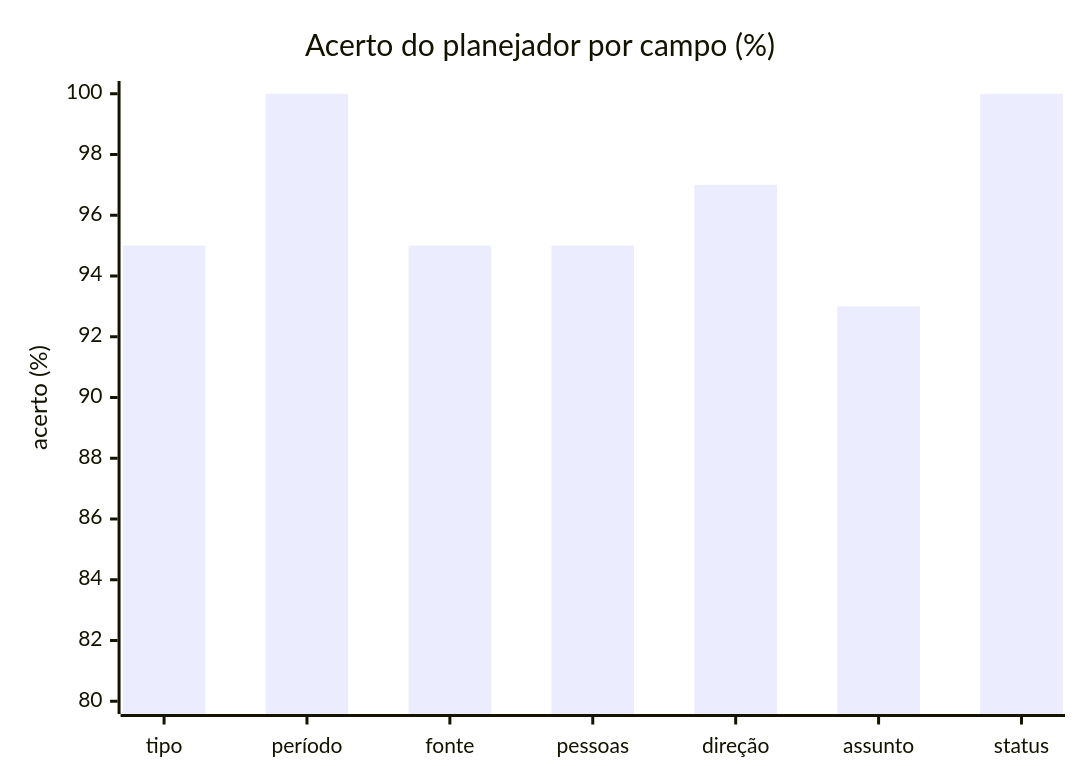
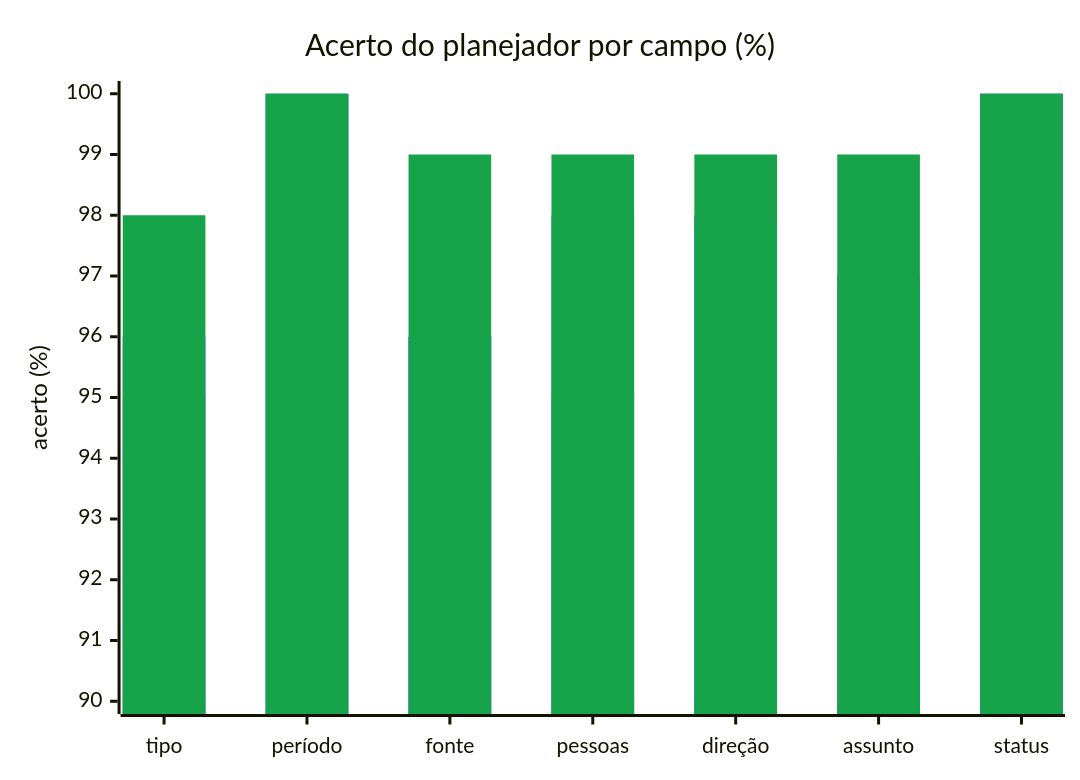
The third of 10 diagrams in docs/BENCHMARKS.md (Chipskein/cade), drawn with Mermaid before and after one commit. The commit also changed other lines of this file and 32 other files, not shown here.

````diff
--- a/docs/BENCHMARKS.md
+++ b/docs/BENCHMARKS.md
@@ -58,7 +58,15 @@
 ```mermaid
+---
+config:
+  themeVariables:
+    xyChart:
+      plotColorPalette: "#9ca3af, #2563eb, #16a34a"
+---
 xychart-beta
   title "Acerto do planejador por campo (%)"
   x-axis ["tipo", "período", "fonte", "pessoas", "direção", "assunto", "status"]
-  y-axis "acerto (%)" 80 --> 100
-  bar [95, 100, 95, 95, 97, 93, 100]
+  y-axis "acerto (%)" 90 --> 100
+  bar [95, 100, 96, 95, 98, 94, 100]
+  bar [96, 100, 96, 98, 98, 97, 100]
+  bar [98, 100, 99, 99, 99, 99, 100]
 ```
````
